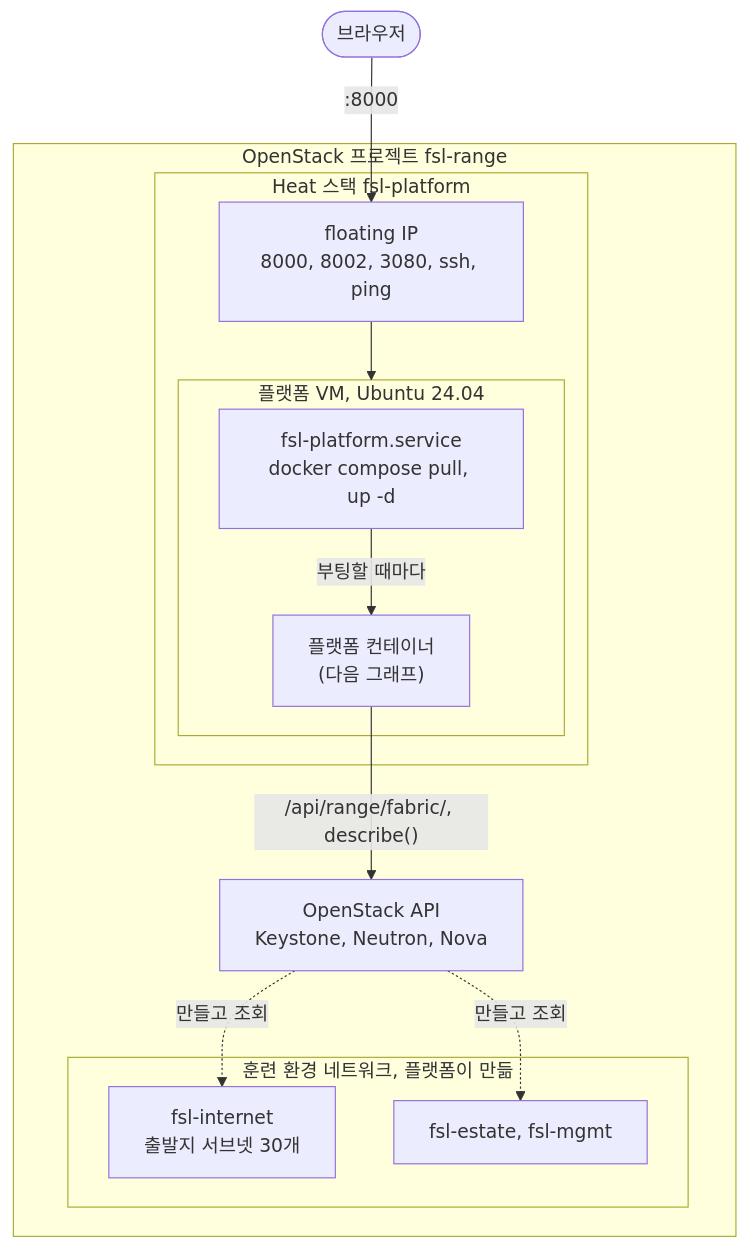
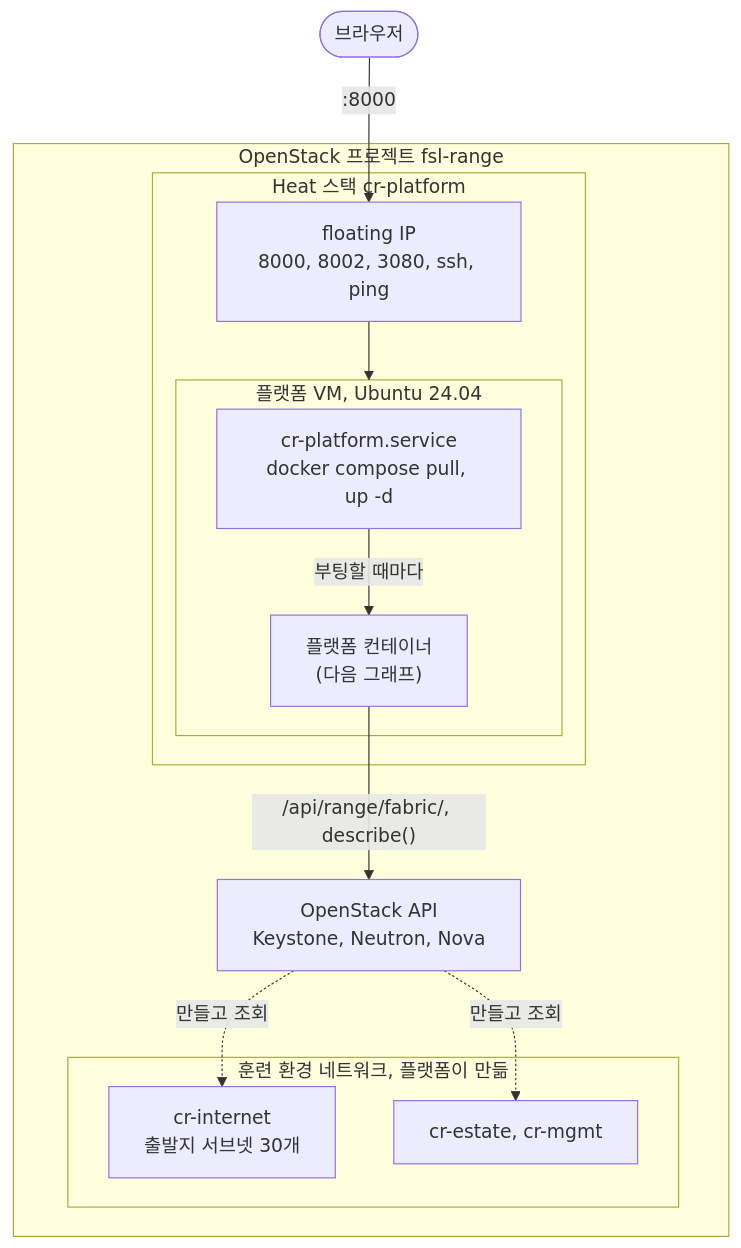
Before and after one commit to Nekonic/fsl-project-mvp: the first of 2 diagrams in README.ko.md, drawn with Mermaid. The commit also changed other lines of this file and 14 other files, not shown here.

````diff
--- a/README.ko.md
+++ b/README.ko.md
@@ -234,26 +234,26 @@
 ```mermaid
 flowchart TB
   person(["브라우저"])
 
   subgraph cloud["OpenStack 프로젝트 fsl-range"]
     api["OpenStack API<br/>Keystone, Neutron, Nova"]
-    subgraph heat["Heat 스택 fsl-platform"]
+    subgraph heat["Heat 스택 cr-platform"]
       fip["floating IP<br/>8000, 8002, 3080, ssh, ping"]
       subgraph vm["플랫폼 VM, Ubuntu 24.04"]
-        unit["fsl-platform.service<br/>docker compose pull, up -d"]
+        unit["cr-platform.service<br/>docker compose pull, up -d"]
         stack["플랫폼 컨테이너<br/>(다음 그래프)"]
       end
     end
     subgraph fabric_box["훈련 환경 네트워크, 플랫폼이 만듦"]
-      internet["fsl-internet<br/>출발지 서브넷 30개"]
-      inside["fsl-estate, fsl-mgmt"]
+      internet["cr-internet<br/>출발지 서브넷 30개"]
+      inside["cr-estate, cr-mgmt"]
     end
   end
 
   person -->|":8000"| fip
   fip --> vm
   unit -->|"부팅할 때마다"| stack
   stack -->|"/api/range/fabric/, describe()"| api
   api -.->|만들고 조회| internet
   api -.->|만들고 조회| inside
 ```
````
